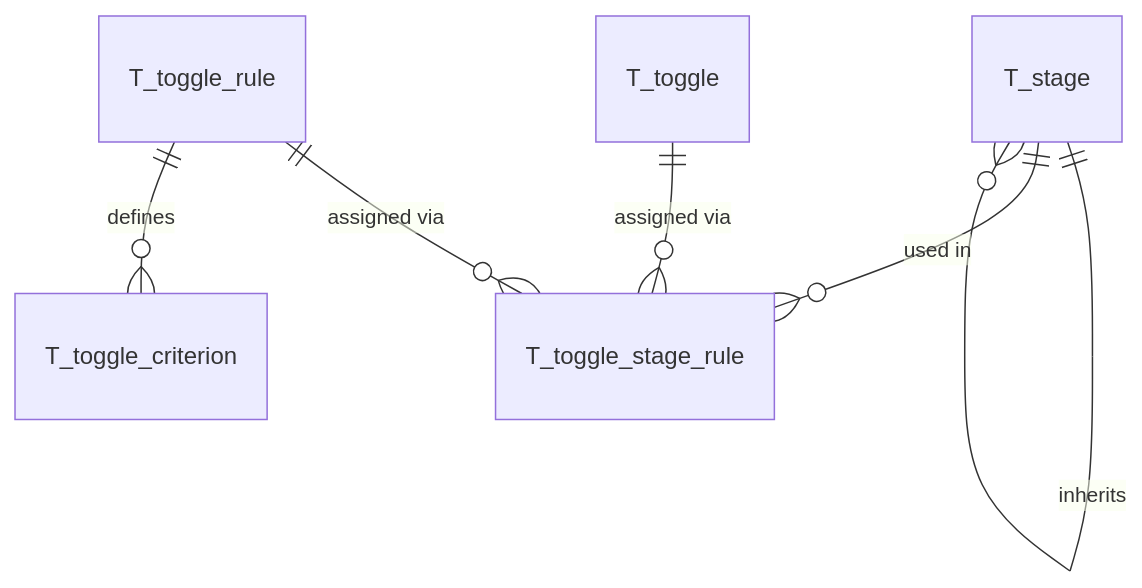
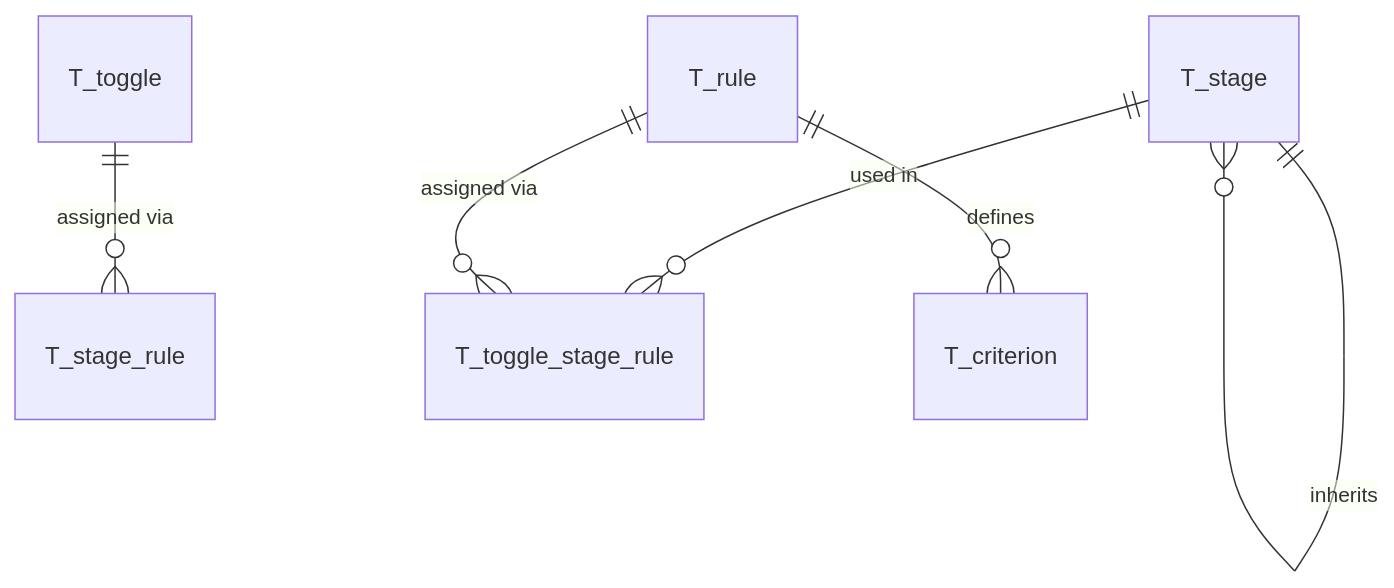
Before and after one commit to abstratium-dev/abstoggle: the diagram in docs/DATABASE.md, drawn with Mermaid. The commit also changed other lines of this file and 68 other files, not shown here.

````diff
--- a/docs/DATABASE.md
+++ b/docs/DATABASE.md
@@ -11,8 +11,8 @@
 ```mermaid
 erDiagram
     T_stage ||--o{ T_stage : inherits
-    T_toggle ||--o{ T_toggle_stage_rule : "assigned via"
+    T_toggle ||--o{ T_stage_rule : "assigned via"
     T_stage ||--o{ T_toggle_stage_rule : "used in"
-    T_toggle_rule ||--o{ T_toggle_stage_rule : "assigned via"
-    T_toggle_rule ||--o{ T_toggle_criterion : defines
+    T_rule ||--o{ T_toggle_stage_rule : "assigned via"
+    T_rule ||--o{ T_criterion : defines
 ```
````
